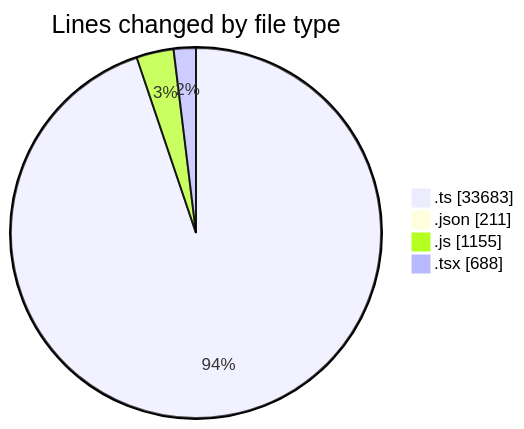
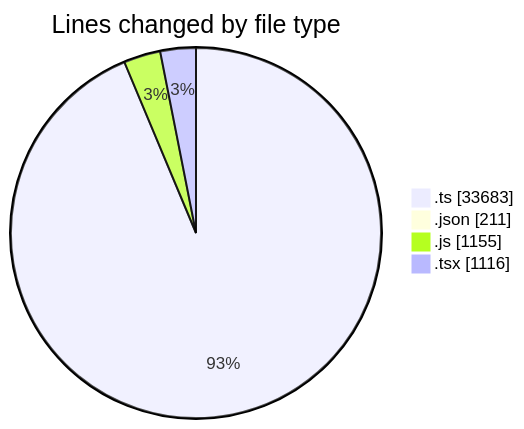
One commit to momahboobian/code-tracking changed the first of 2 diagrams in 2026-11-04/cda/README.md. Above: the diagram before and after it, drawn with Mermaid. The commit also changed other lines of this file and 1 other file, not shown here.

````diff
--- a/2026-11-04/cda/README.md
+++ b/2026-11-04/cda/README.md
@@ -37,8 +39,8 @@
 ```mermaid
 pie showData
 title Lines changed by file type
 ".ts" : 33683
 ".json" : 211
 ".js" : 1155
-".tsx" : 688
+".tsx" : 1116
 ```
````
